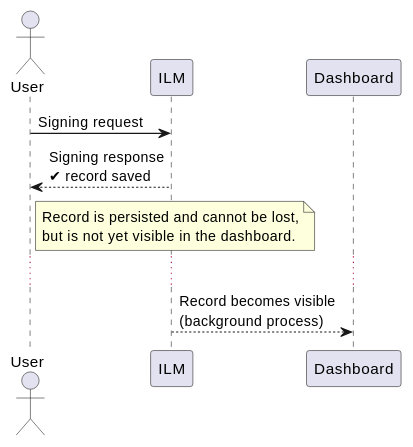
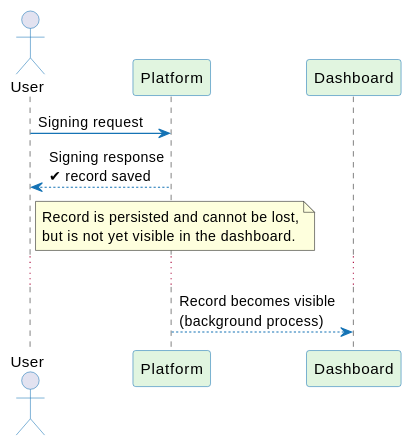
One commit to CZERTAINLY/CZERTAINLY-Documentation changed the first of 2 diagrams in docs/signing/signing-records.md. Above: the diagram before and after it, drawn with PlantUML. The commit also changed other lines of this file and 49 other files, not shown here.

````diff
--- a/docs/signing/signing-records.md
+++ b/docs/signing/signing-records.md
@@ -80,19 +88,26 @@
 ```plantuml
 @startuml
+skinparam sequence {
+    ArrowColor #1573B5
+    ActorBorderColor #1573B5
+    ParticipantBorderColor #1573B5
+    ParticipantBackgroundColor #E1F5E0
+    NoteBackgroundColor #F7F7F7
+}
 actor User
-participant "ILM" as SS
+participant "Platform" as P
 participant "Dashboard" as D
 
-User -> SS: Signing request
-SS --> User: Signing response\n✔ record saved
+User -> P: Signing request
+P --> User: Signing response\n✔ record saved
 
 note right of User
   Record is persisted and cannot be lost,
   but is not yet visible in the dashboard.
 end note
 
 ...
 
-SS --> D: Record becomes visible\n(background process)
+P --> D: Record becomes visible\n(background process)
 @enduml
 ```
````
